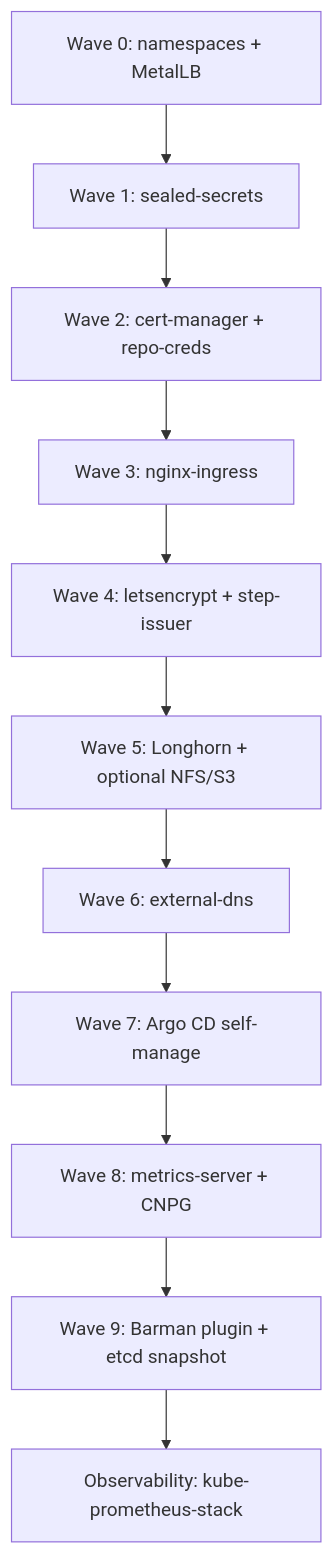
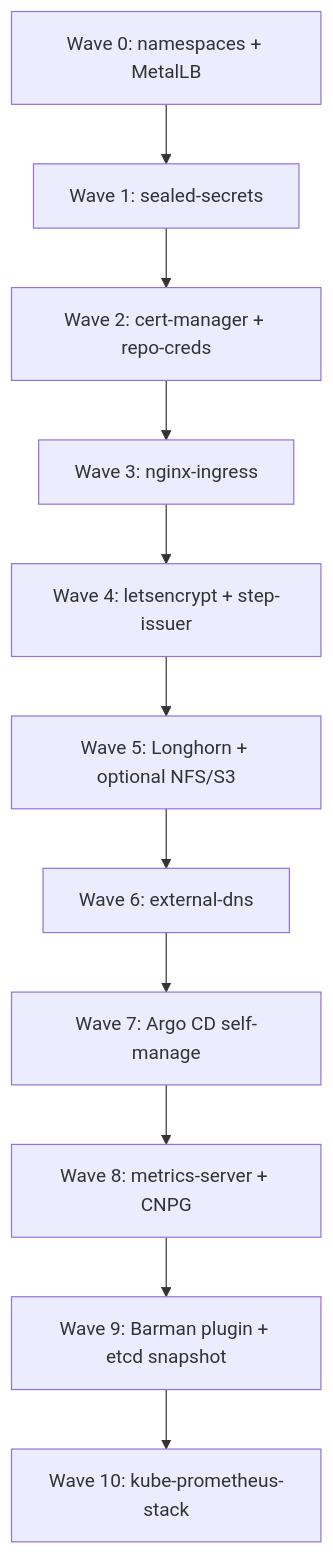
The first of 3 diagrams in docs/architecture.md (jslay88/homelab-gitops-starter), drawn with Mermaid before and after one commit. The commit also changed other lines of this file and 16 other files, not shown here.

````diff
--- a/docs/architecture.md
+++ b/docs/architecture.md
@@ -7,17 +7,17 @@
 ```mermaid
 flowchart TD
   W0["Wave 0: namespaces + MetalLB"]
   W1["Wave 1: sealed-secrets"]
   W2["Wave 2: cert-manager + repo-creds"]
   W3["Wave 3: nginx-ingress"]
   W4["Wave 4: letsencrypt + step-issuer"]
   W5["Wave 5: Longhorn + optional NFS/S3"]
   W6["Wave 6: external-dns"]
   W7["Wave 7: Argo CD self-manage"]
   W8["Wave 8: metrics-server + CNPG"]
   W9["Wave 9: Barman plugin + etcd snapshot"]
-  Obs["Observability: kube-prometheus-stack"]
+  Obs["Wave 10: kube-prometheus-stack"]
 
   W0 --> W1 --> W2 --> W3 --> W4
   W4 --> W5 --> W6 --> W7 --> W8 --> W9 --> Obs
 ```
````
